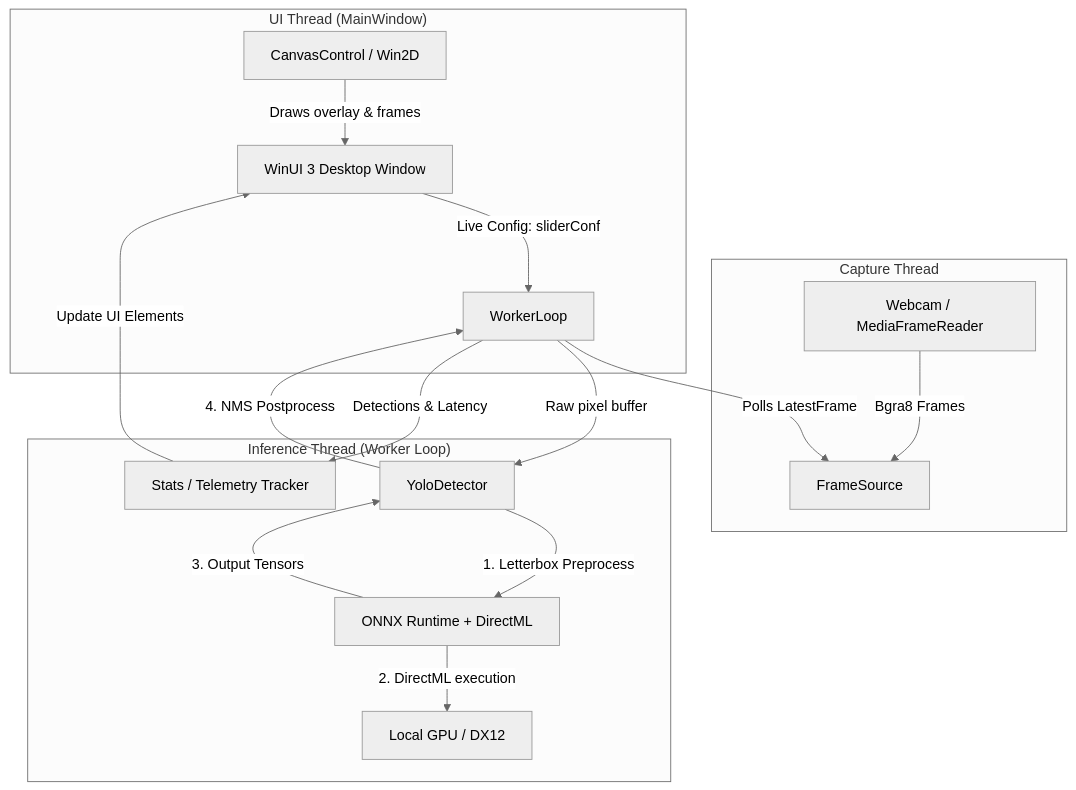
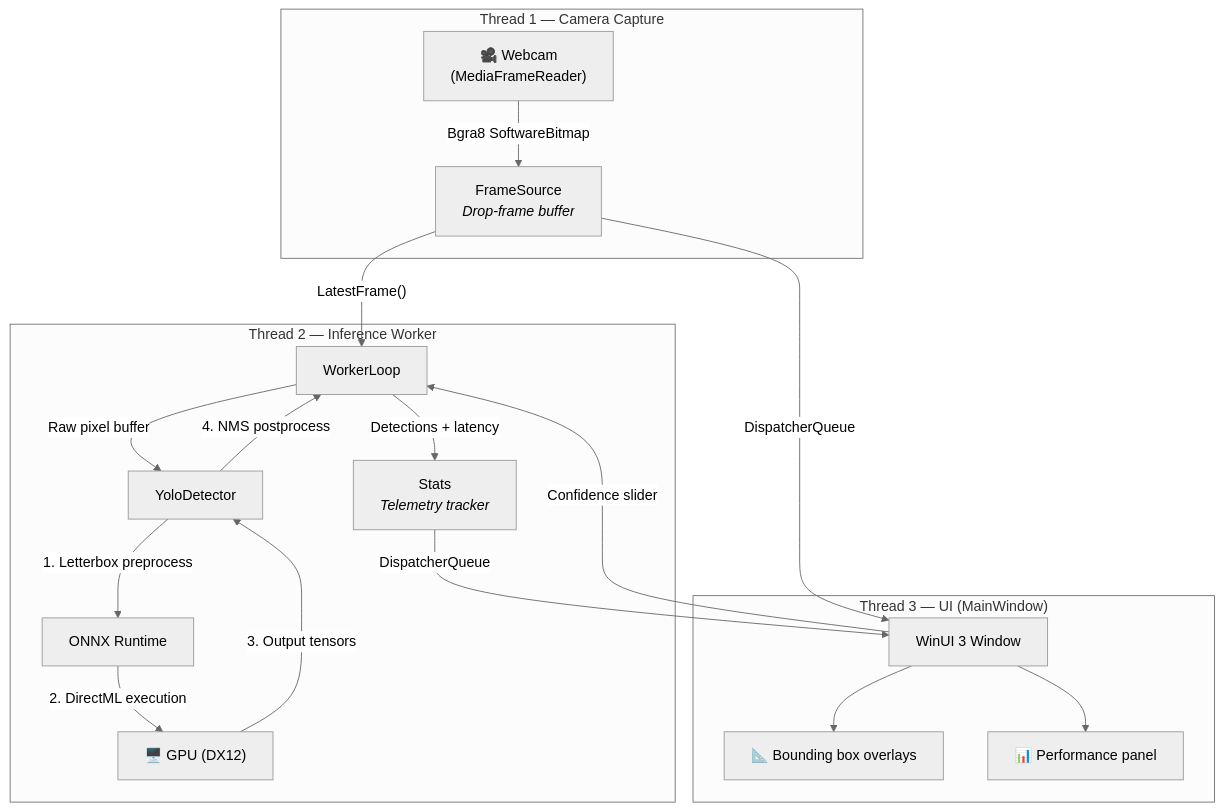
The diagram in README.md (martian7777/onnx), drawn with Mermaid (neutral theme) before and after one commit. The commit also changed other lines of this file and 2 other files, not shown here.

````diff
--- a/README.md
+++ b/README.md
@@ -28,22 +87,24 @@
 ```mermaid
 graph TD
-    subgraph "Capture Thread"
-        cam[Webcam / MediaFrameReader] -->|Bgra8 Frames| fs[FrameSource]
+    subgraph "Thread 1 — Camera Capture"
+        cam["🎥 Webcam<br/>(MediaFrameReader)"] -->|"Bgra8 SoftwareBitmap"| fs["FrameSource<br/><i>Drop-frame buffer</i>"]
     end
 
-    subgraph "UI Thread (MainWindow)"
-        win[WinUI 3 Desktop Window] -->|Live Config: sliderConf| worker
-        canvas[CanvasControl / Win2D] -->|Draws overlay & frames| win
+    subgraph "Thread 2 — Inference Worker"
+        fs -->|"LatestFrame()"| worker["WorkerLoop"]
+        worker -->|"Raw pixel buffer"| det["YoloDetector"]
+        det -->|"1. Letterbox preprocess"| ort["ONNX Runtime"]
+        ort -->|"2. DirectML execution"| gpu["🖥️ GPU (DX12)"]
+        gpu -->|"3. Output tensors"| det
+        det -->|"4. NMS postprocess"| worker
+        worker -->|"Detections + latency"| stats["Stats<br/><i>Telemetry tracker</i>"]
     end
 
-    subgraph "Inference Thread (Worker Loop)"
-        worker[WorkerLoop] -->|Polls LatestFrame| fs
-        worker -->|Raw pixel buffer| det[YoloDetector]
-        det -->|1. Letterbox Preprocess| ort[ONNX Runtime + DirectML]
-        ort -->|2. DirectML execution| gpu[Local GPU / DX12]
-        ort -->|3. Output Tensors| det
-        det -->|4. NMS Postprocess| worker
-        worker -->|Detections & Latency| stats[Stats / Telemetry Tracker]
-        stats -->|Update UI Elements| win
+    subgraph "Thread 3 — UI (MainWindow)"
+        stats -->|"DispatcherQueue"| win["WinUI 3 Window"]
+        fs -->|"DispatcherQueue"| win
+        win --> canvas["📐 Bounding box overlays"]
+        win --> panel["📊 Performance panel"]
+        win -->|"Confidence slider"| worker
     end
 ```
````
